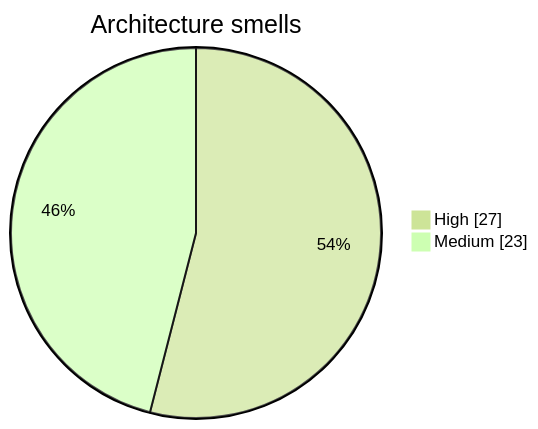
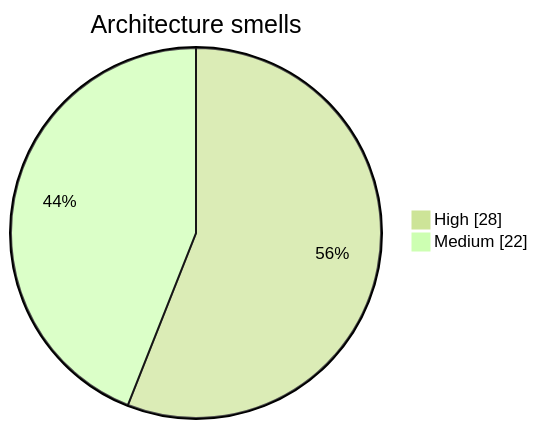
Before and after one commit to wolframs/jspace-probes: diagram 14 of 15 in .mentis/context/graphs.md, drawn with Mermaid (forest theme). The commit also changed other lines of this file and 841 other files, not shown here.

````diff
--- a/.mentis/context/graphs.md
+++ b/.mentis/context/graphs.md
@@ -288,5 +288,5 @@
 ```mermaid
 pie showData title Architecture smells
-    "High" : 27
-    "Medium" : 23
+    "High" : 28
+    "Medium" : 22
 ```
````
